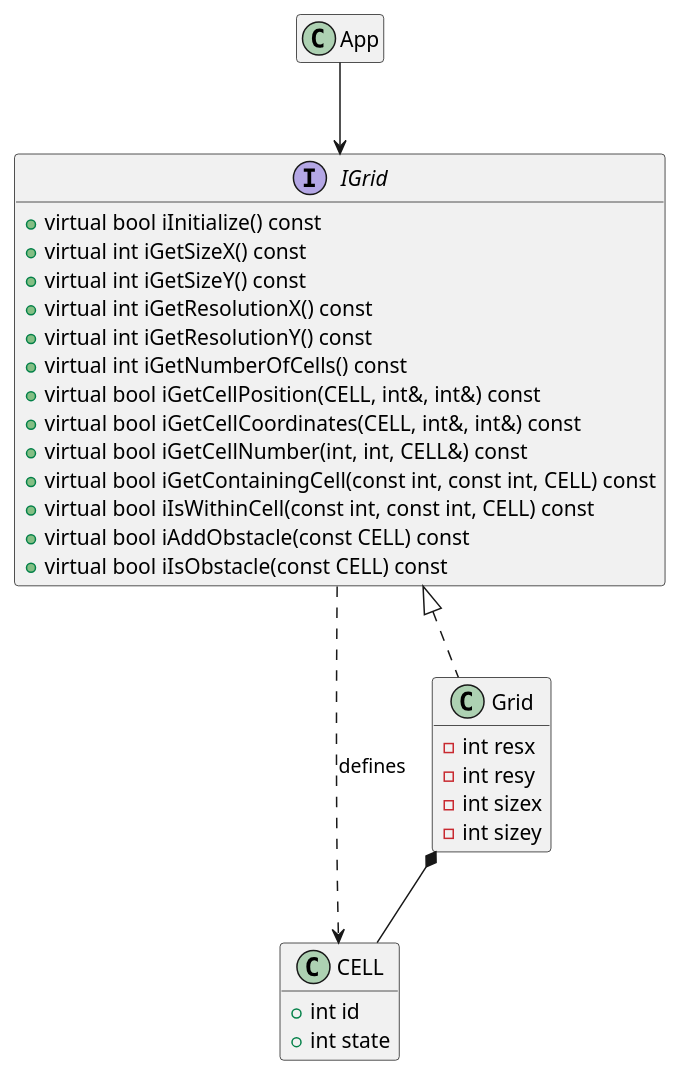
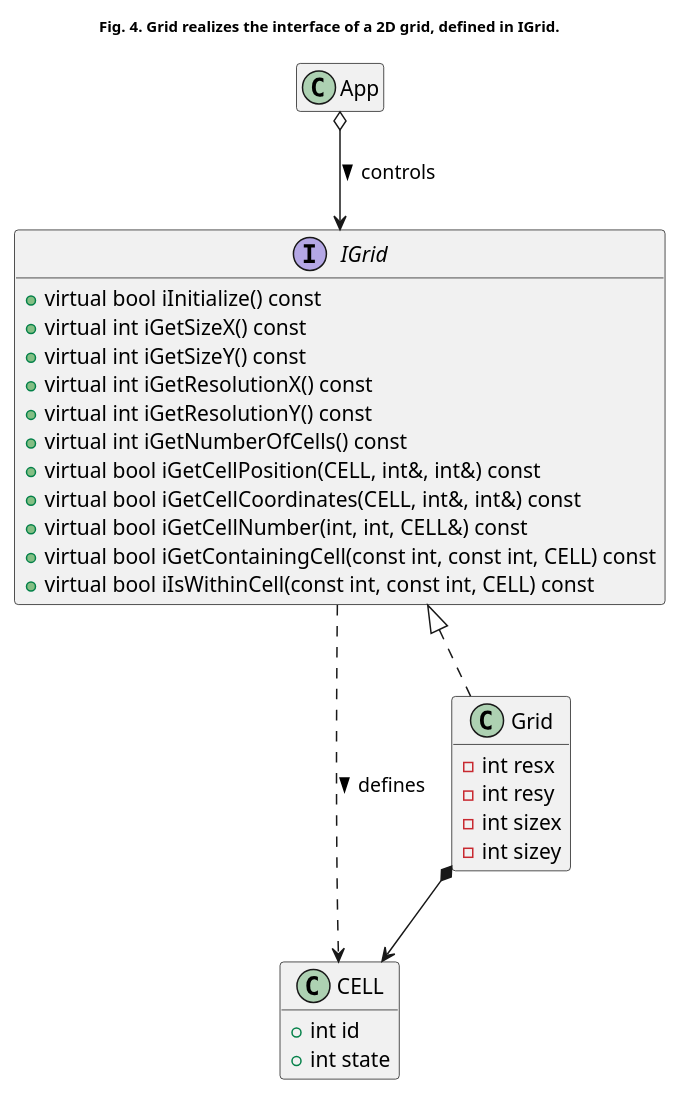
The fourth of 5 diagrams in _posts/modsim/2020-09-29-sfml-2d-grid.md (kanmeugne/kanmeugne.github.io), drawn with PlantUML before and after one commit. The commit also changed other lines of this file and 2 other files, not shown here.

Commit message:
improve graphics and article structure

```diff
--- a/_posts/modsim/2020-09-29-sfml-2d-grid.md
+++ b/_posts/modsim/2020-09-29-sfml-2d-grid.md
@@ -211,44 +203,43 @@
 {% plantuml %}
 @startuml
+title: <size:10> Fig. 4. Grid realizes the interface of a 2D grid, defined in IGrid. </size>
 class App {
     + {static} const int DEFAULT_HEIGHT
     + {static} const int DEFAULT_WIDTH
     + {static} const int DEFAULT_RESX
     + {static} const int DEFAULT_RESY
     + void run()
     + void display()
 }
 class CELL {
     + int id
     + int state
 }
 interface IGrid {
     + virtual bool iInitialize() const
     + virtual int iGetSizeX() const
     + virtual int iGetSizeY() const
     + virtual int iGetResolutionX() const
     + virtual int iGetResolutionY() const
     + virtual int iGetNumberOfCells() const
     + virtual bool iGetCellPosition(CELL, int&, int&) const
     + virtual bool iGetCellCoordinates(CELL, int&, int&) const
     + virtual bool iGetCellNumber(int, int, CELL&) const
     + virtual bool iGetContainingCell(const int, const int, CELL) const
     + virtual bool iIsWithinCell(const int, const int, CELL) const
-    + virtual bool iAddObstacle(const CELL) const
-    + virtual bool iIsObstacle(const CELL) const
 }
 class Grid implements IGrid {
     - int resx
     - int resy
     - int sizex
     - int sizey
 }
-IGrid ..> CELL : defines
-Grid *-- CELL
-App --> IGrid
+IGrid ..> CELL : defines >
+Grid *--> CELL
+App o--> IGrid : controls >
 hide App members
 hide IGrid fields
 hide CELL methods
 hide Grid methods
 @enduml
 {% endplantuml %}
```
